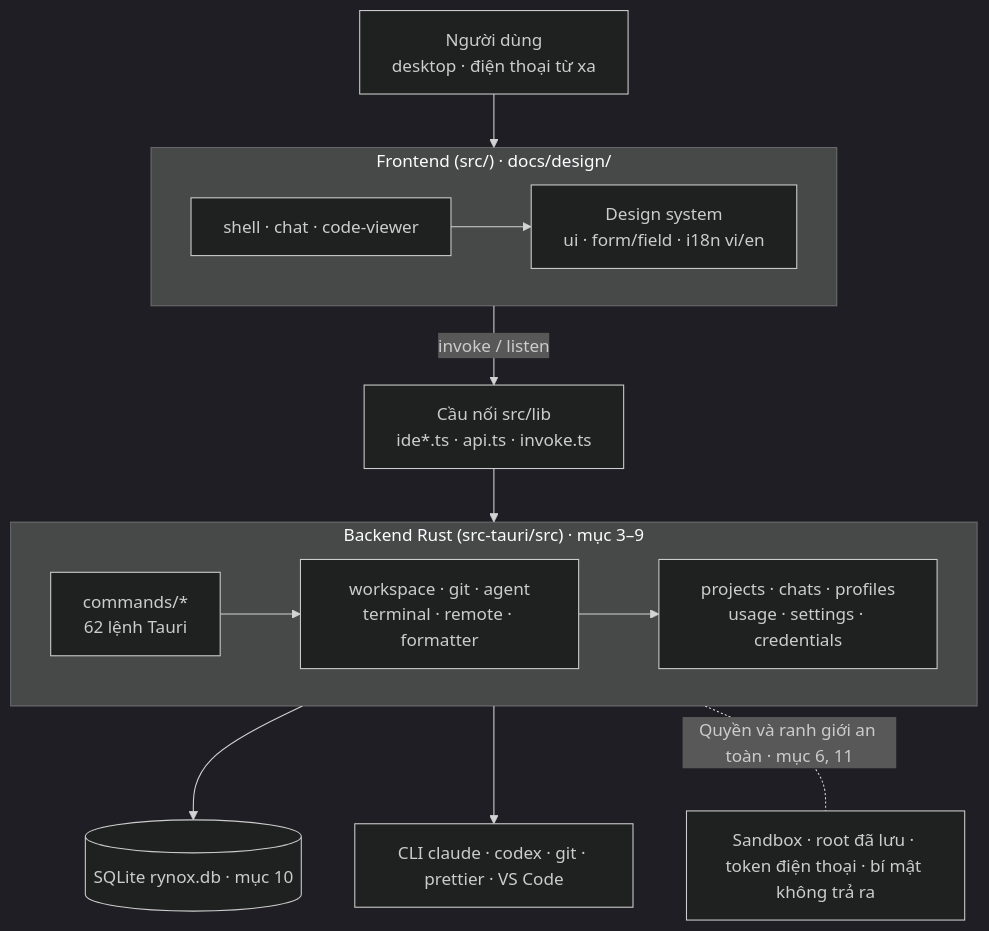
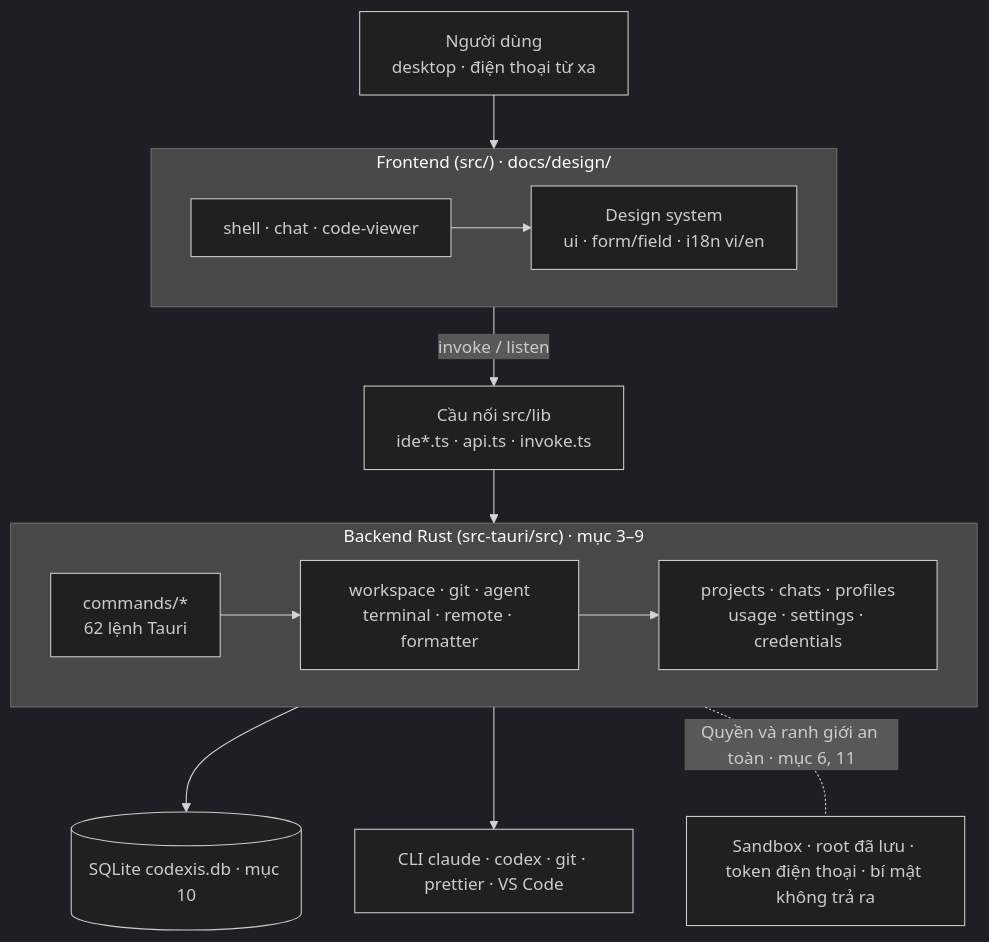
The first of 28 diagrams in docs/system/architecture.md (0132E282/codexis-ide), drawn with Mermaid (dark theme) before and after one commit. The commit also changed other lines of this file and 35 other files, not shown here.

````diff
--- a/docs/system/architecture.md
+++ b/docs/system/architecture.md
@@ -23,18 +23,18 @@
 ```mermaid
 flowchart TD
     USER["Người dùng<br/>desktop · điện thoại từ xa"] --> FE
     subgraph FE["Frontend (src/) · docs/design/"]
         direction LR
         SHELL["shell · chat · code-viewer"] --> DS["Design system<br/>ui · form/field · i18n vi/en"]
     end
     FE -- "invoke / listen" --> BRIDGE["Cầu nối src/lib<br/>ide*.ts · api.ts · invoke.ts"]
     BRIDGE --> BE
     subgraph BE["Backend Rust (src-tauri/src) · mục 3–9"]
         direction LR
         CMDS["commands/*<br/>62 lệnh Tauri"] --> DOMAIN["workspace · git · agent<br/>terminal · remote · formatter"]
         DOMAIN --> STORES["projects · chats · profiles<br/>usage · settings · credentials"]
     end
-    STORES --> DB[("SQLite rynox.db · mục 10")]
+    STORES --> DB[("SQLite codexis.db · mục 10")]
     DOMAIN --> EXT["CLI claude · codex · git · prettier · VS Code"]
     BE -. "Quyền và ranh giới an toàn · mục 6, 11" .- SEC["Sandbox · root đã lưu · token điện thoại · bí mật không trả ra"]
 ```
````
